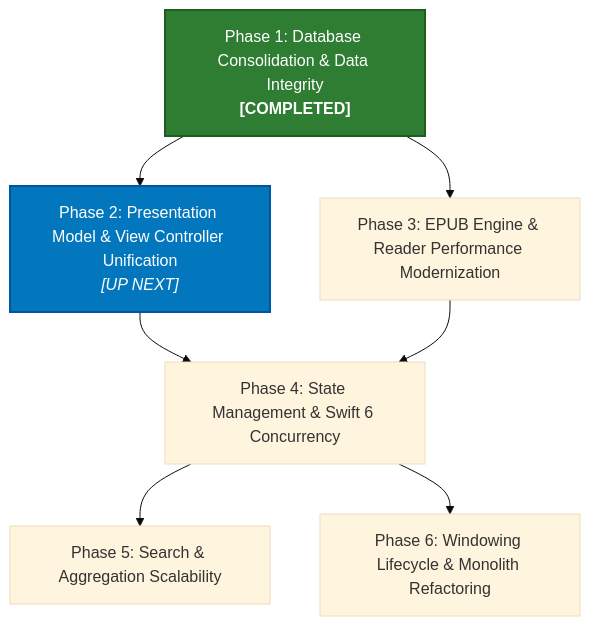
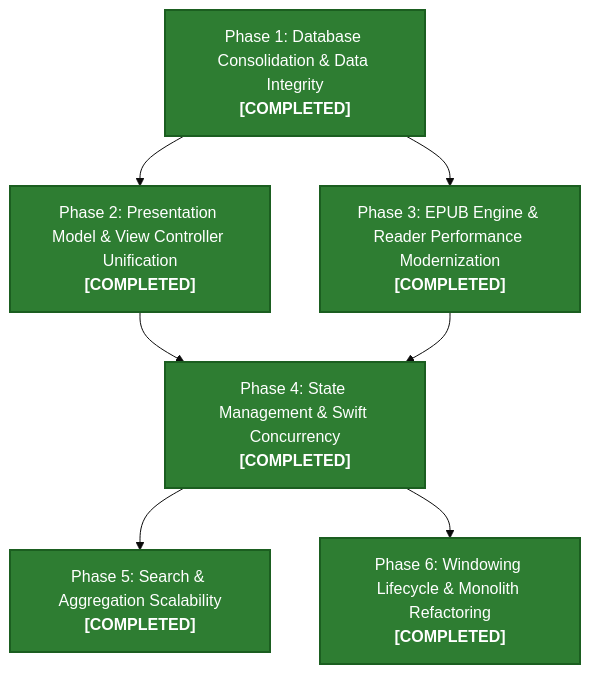
One commit to kyrielie/ambrosia changed the diagram in docs/roadmap.md. Above: the diagram before and after it, drawn with Mermaid (base theme). The commit also changed other lines of this file and 29 other files, not shown here.

````diff
--- a/docs/roadmap.md
+++ b/docs/roadmap.md
@@ -9,12 +9,16 @@
 ```mermaid
 flowchart TD
-    P1["Phase 1: Database Consolidation & Data Integrity<br/><b>[COMPLETED]</b>"] --> P2["Phase 2: Presentation Model & View Controller Unification<br/><i>[UP NEXT]</i>"]
-    P1 --> P3["Phase 3: EPUB Engine & Reader Performance Modernization"]
-    P2 --> P4["Phase 4: State Management & Swift 6 Concurrency"]
+    P1["Phase 1: Database Consolidation & Data Integrity<br/><b>[COMPLETED]</b>"] --> P2["Phase 2: Presentation Model & View Controller Unification<br/><b>[COMPLETED]</b>"]
+    P1 --> P3["Phase 3: EPUB Engine & Reader Performance Modernization<br/><b>[COMPLETED]</b>"]
+    P2 --> P4["Phase 4: State Management & Swift Concurrency<br/><b>[COMPLETED]</b>"]
     P3 --> P4
-    P4 --> P5["Phase 5: Search & Aggregation Scalability"]
-    P4 --> P6["Phase 6: Windowing Lifecycle & Monolith Refactoring"]
+    P4 --> P5["Phase 5: Search & Aggregation Scalability<br/><b>[COMPLETED]</b>"]
+    P4 --> P6["Phase 6: Windowing Lifecycle & Monolith Refactoring<br/><b>[COMPLETED]</b>"]
 
     style P1 fill:#2e7d32,stroke:#1b5e20,stroke-width:2px,color:#ffffff
-    style P2 fill:#0277bd,stroke:#01579b,stroke-width:2px,color:#ffffff
+    style P2 fill:#2e7d32,stroke:#1b5e20,stroke-width:2px,color:#ffffff
+    style P3 fill:#2e7d32,stroke:#1b5e20,stroke-width:2px,color:#ffffff
+    style P4 fill:#2e7d32,stroke:#1b5e20,stroke-width:2px,color:#ffffff
+    style P5 fill:#2e7d32,stroke:#1b5e20,stroke-width:2px,color:#ffffff
+    style P6 fill:#2e7d32,stroke:#1b5e20,stroke-width:2px,color:#ffffff
 ```
````
